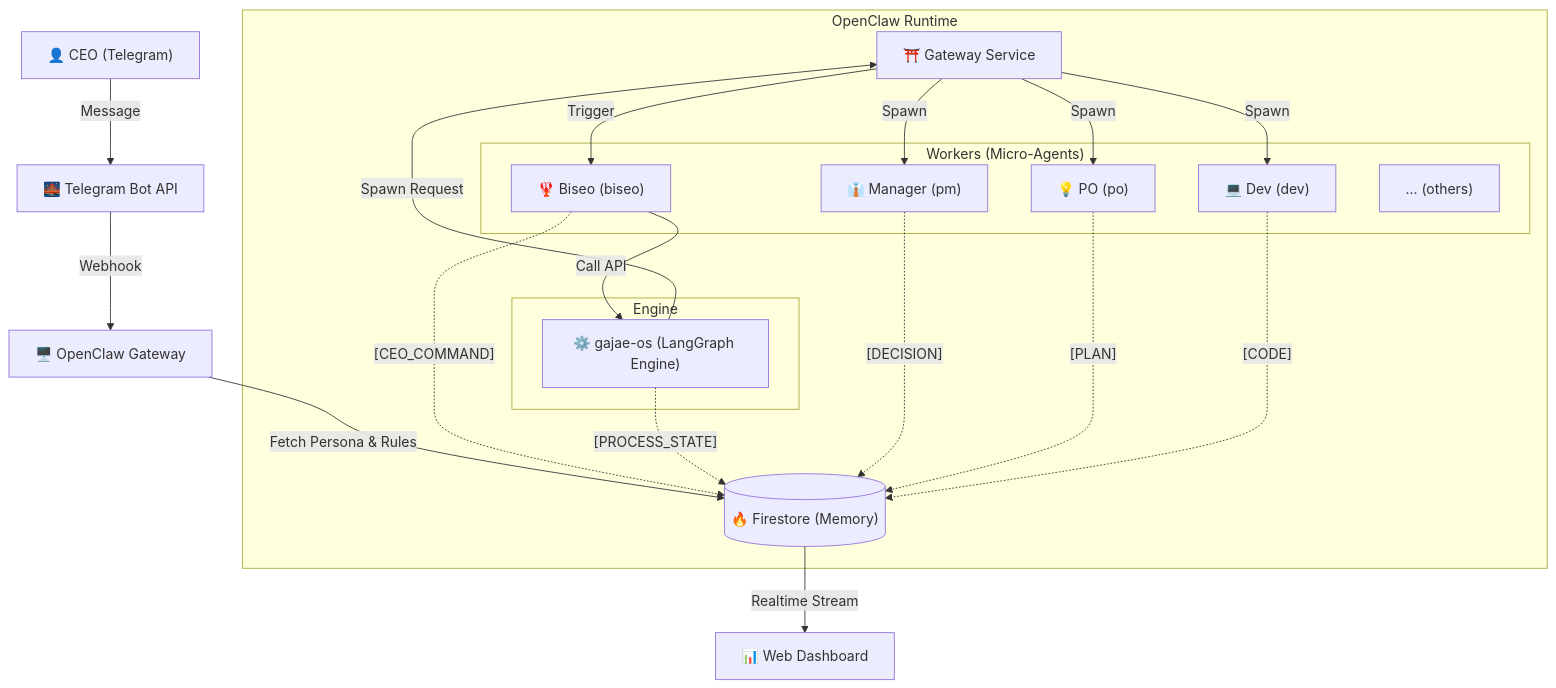
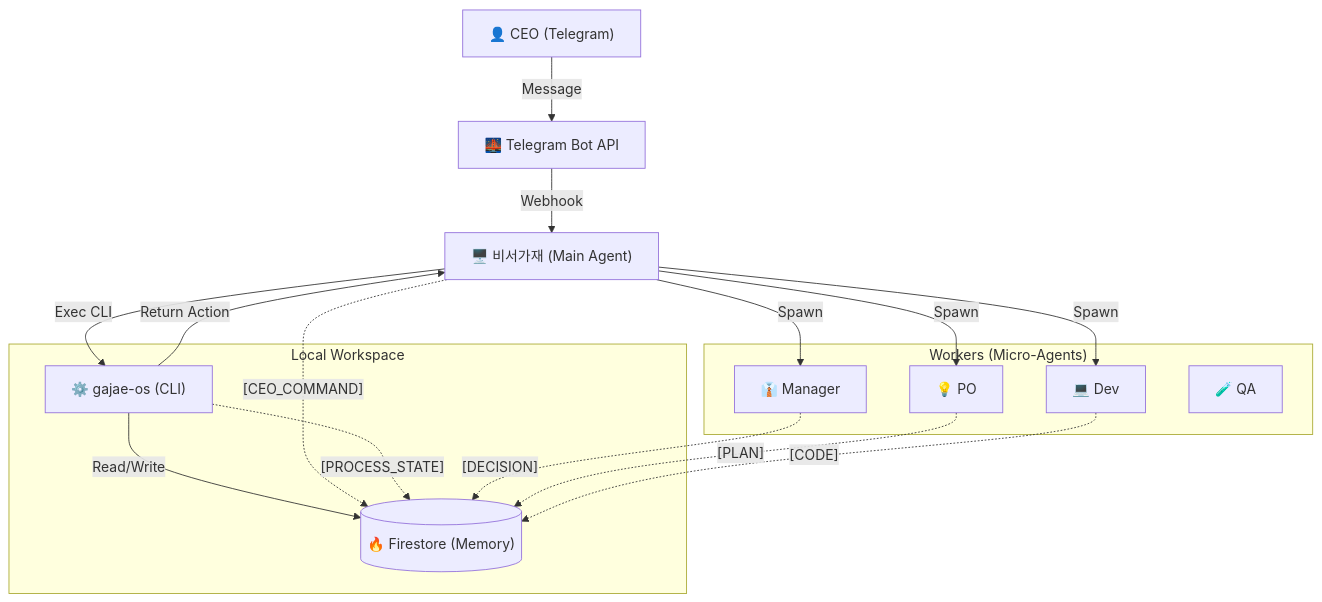
Before and after one commit to KyleL22/yuna-openclaw: the first of 3 diagrams in docs/core/process/SYSTEM_DESIGN_V1_0.md, drawn with Mermaid. The commit also changed other lines of this file, not shown here.

Commit message:
Docs: Finalize System Design v13.8 (Action Planner Architecture)

````diff
--- a/docs/core/process/SYSTEM_DESIGN_V1_0.md
+++ b/docs/core/process/SYSTEM_DESIGN_V1_0.md
@@ -13,39 +13,31 @@
 ```mermaid
 graph TD
     User["👤 CEO (Telegram)"] -->|Message| Bridge["🌉 Telegram Bot API"]
-    Bridge -->|Webhook| PC["🖥️ OpenClaw Gateway"]
+    Bridge -->|Webhook| Main["🖥️ 비서가재 (Main Agent)"]
     
-    PC -->|Fetch Persona & Rules| DB[("🔥 Firestore (Memory)")]
-    
-    subgraph "OpenClaw Runtime"
-        Gateway["⛩️ Gateway Service"]
-        
-        subgraph "Engine"
-            OS["⚙️ gajae-os (LangGraph Engine)"]
-        end
-        
-        subgraph "Workers (Micro-Agents)"
-            Biseo["🦞 Biseo (biseo)"]
-            PM["👔 Manager (pm)"]
-            PO["💡 PO (po)"]
-            DEV["💻 Dev (dev)"]
-            ETC["... (others)"]
-        end
-
-        Gateway -- "Trigger" --> Biseo
-        Biseo -- "Call API" --> OS
-        OS -- "Spawn Request" --> Gateway
-        Gateway -- "Spawn" --> PM
-        Gateway -- "Spawn" --> PO
-        Gateway -- "Spawn" --> DEV
-        
-        %% All agents write to DB
-        Biseo -.->|"[CEO_COMMAND]"| DB
-        OS -.->|"[PROCESS_STATE]"| DB
-        PM -.->|"[DECISION]"| DB
-        PO -.->|"[PLAN]"| DB
-        DEV -.->|"[CODE]"| DB
+    subgraph "Local Workspace"
+        OS["⚙️ gajae-os (CLI)"]
+        DB[("🔥 Firestore (Memory)")]
     end
     
-    DB -->|Realtime Stream| Dashboard["📊 Web Dashboard"]
+    subgraph "Workers (Micro-Agents)"
+        PM["👔 Manager"]
+        PO["💡 PO"]
+        DEV["💻 Dev"]
+        QA["🧪 QA"]
+    end
+
+    Main -->|Exec CLI| OS
+    OS -->|Read/Write| DB
+    OS -- "Return Action" --> Main
+    Main -- "Spawn" --> PM
+    Main -- "Spawn" --> PO
+    Main -- "Spawn" --> DEV
+    
+    %% All agents write to DB
+    Main -.->|"[CEO_COMMAND]"| DB
+    OS -.->|"[PROCESS_STATE]"| DB
+    PM -.->|"[DECISION]"| DB
+    PO -.->|"[PLAN]"| DB
+    DEV -.->|"[CODE]"| DB
 ```
````
